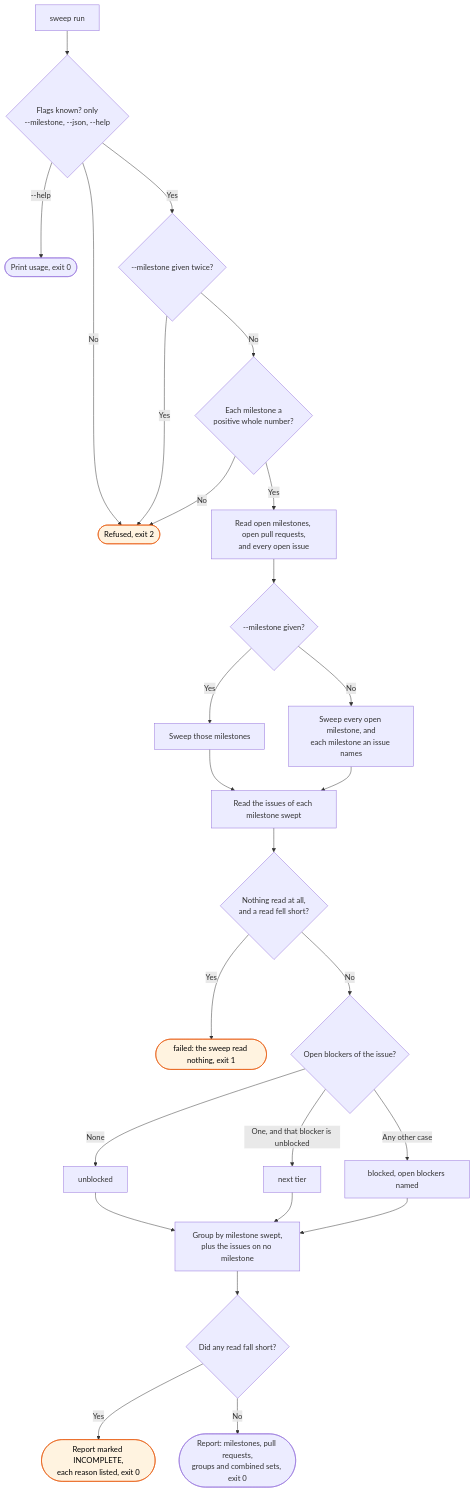
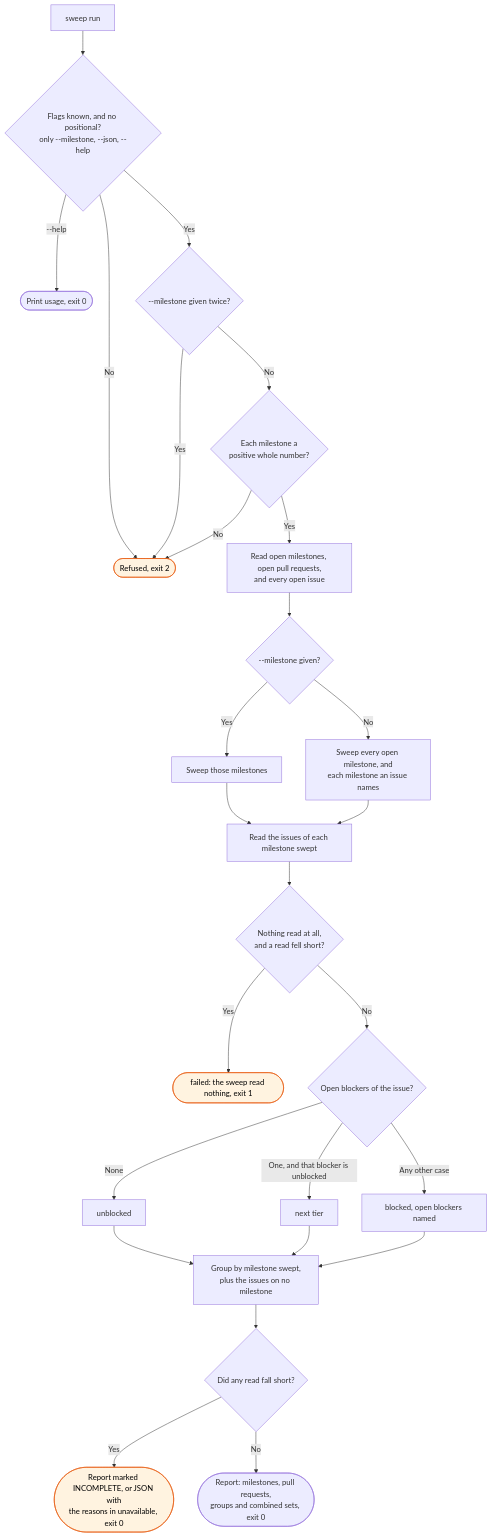
One commit to bje-settings/claude changed the diagram in docs/flows/workstreams/sweep/sweep-flow.md. Above: the diagram before and after it, drawn with Mermaid. The commit also changed 6 other files, not shown here.

Commit message:
docs(flows): draw each outcome the code has, and a failed settle read

````diff
--- a/docs/flows/workstreams/sweep/sweep-flow.md
+++ b/docs/flows/workstreams/sweep/sweep-flow.md
@@ -15,30 +15,30 @@
 ```mermaid
 flowchart TD
-    A[sweep run] --> B{Flags known? only<br/>--milestone, --json, --help}
+    A[sweep run] --> B{Flags known, and no positional?<br/>only --milestone, --json, --help}
     B -->|No| Z1([Refused, exit 2]):::stop
     B -->|--help| H([Print usage, exit 0])
     B -->|Yes| C{--milestone given twice?}
     C -->|Yes| Z1
     C -->|No| D{Each milestone a<br/>positive whole number?}
     D -->|No| Z1
     D -->|Yes| E[Read open milestones, open pull requests,<br/>and every open issue]
     E --> F{--milestone given?}
     F -->|Yes| G[Sweep those milestones]
     F -->|No| I[Sweep every open milestone, and<br/>each milestone an issue names]
     G --> J[Read the issues of each milestone swept]
     I --> J
     J --> K{Nothing read at all,<br/>and a read fell short?}
     K -->|Yes| Z2([failed: the sweep read nothing, exit 1]):::stop
     K -->|No| L{Open blockers of the issue?}
     L -->|None| T1[unblocked]
     L -->|One, and that blocker is unblocked| T2[next tier]
     L -->|Any other case| T3[blocked, open blockers named]
     T1 --> N[Group by milestone swept,<br/>plus the issues on no milestone]
     T2 --> N
     T3 --> N
     N --> O{Did any read fall short?}
-    O -->|Yes| P([Report marked INCOMPLETE,<br/>each reason listed, exit 0]):::stop
+    O -->|Yes| P([Report marked INCOMPLETE, or JSON with<br/>the reasons in unavailable, exit 0]):::stop
     O -->|No| Q([Report: milestones, pull requests,<br/>groups and combined sets, exit 0])
 
     classDef stop fill:#fff3e0,stroke:#e65100,color:#000
 ```
````
